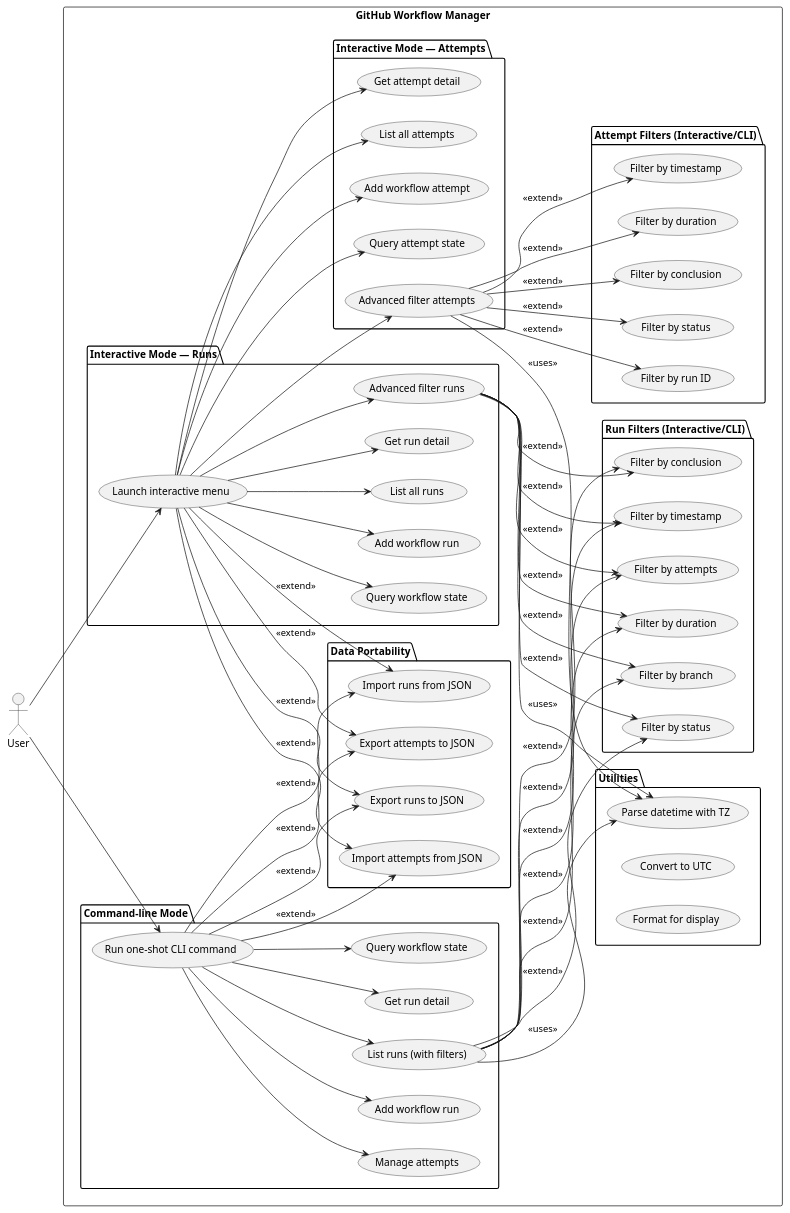
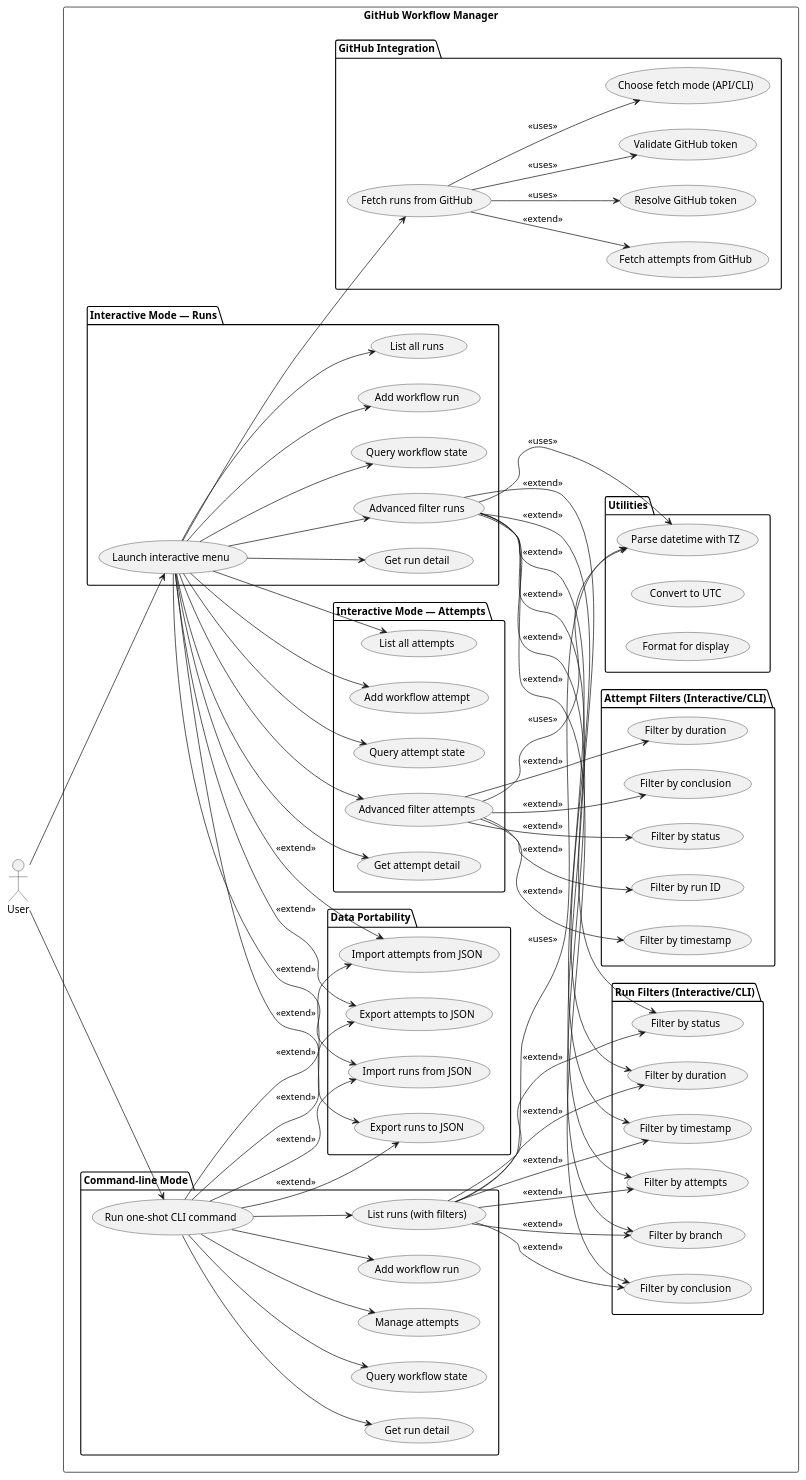
One commit to DanielRiha8906/Software_autoevolution_using_agents changed the diagram in experiments/pipeline/structured_text/github-workflow-manager/artifacts/use_case_diagram.puml. Above: the diagram before and after it, drawn with PlantUML. The commit also changed 13 other files, not shown here.

```diff
--- a/experiments/pipeline/structured_text/github-workflow-manager/artifacts/use_case_diagram.puml
+++ b/experiments/pipeline/structured_text/github-workflow-manager/artifacts/use_case_diagram.puml
@@ -1,121 +1,135 @@
 @startuml use_case_diagram
 
 left to right direction
 
 actor User
 
 rectangle "GitHub Workflow Manager" {
 
   package "Interactive Mode — Runs" {
     usecase "Launch interactive menu"  as UI
     usecase "Add workflow run"         as I_ADD
     usecase "List all runs"            as I_LIST
     usecase "Get run detail"           as I_DETAIL
     usecase "Advanced filter runs"     as I_FILTER
     usecase "Query workflow state"     as I_QUERY
   }
 
   package "Interactive Mode — Attempts" {
     usecase "Add workflow attempt"     as I_AADD
     usecase "List all attempts"        as I_ALIST
     usecase "Get attempt detail"       as I_ADETAIL
     usecase "Advanced filter attempts" as I_AFILTER
     usecase "Query attempt state"      as I_AQUERY
   }
 
   package "Run Filters (Interactive/CLI)" {
     usecase "Filter by branch"         as FBRANCH
     usecase "Filter by status"         as FSTATUS
     usecase "Filter by conclusion"     as FCONCL
     usecase "Filter by duration"       as FDURATION
     usecase "Filter by timestamp"      as FTIMESTAMP
     usecase "Filter by attempts"       as FATTEMPTS
   }
 
   package "Attempt Filters (Interactive/CLI)" {
     usecase "Filter by run ID"         as AFRUN
     usecase "Filter by status"         as AFSTATUS
     usecase "Filter by conclusion"     as AFCONCL
     usecase "Filter by duration"       as AFDURATION
     usecase "Filter by timestamp"      as AFTIMESTAMP
   }
 
   package "Utilities" {
     usecase "Parse datetime with TZ"   as TZPARSE
     usecase "Convert to UTC"           as TZKOTC
     usecase "Format for display"       as TZFMT
   }
 
   package "Data Portability" {
     usecase "Export runs to JSON"      as EXP_RUNS
     usecase "Import runs from JSON"    as IMP_RUNS
     usecase "Export attempts to JSON"  as EXP_ATTEMPTS
     usecase "Import attempts from JSON" as IMP_ATTEMPTS
   }
 
+  package "GitHub Integration" {
+    usecase "Fetch runs from GitHub"   as GITHUB_FETCH_RUNS
+    usecase "Fetch attempts from GitHub" as GITHUB_FETCH_ATTEMPTS
+    usecase "Resolve GitHub token"     as GITHUB_TOKEN
+    usecase "Validate GitHub token"    as GITHUB_VALIDATE
+    usecase "Choose fetch mode (API/CLI)" as GITHUB_MODE
+  }
+
   package "Command-line Mode" {
     usecase "Run one-shot CLI command" as CLI
     usecase "Add workflow run"         as C_ADD
     usecase "List runs (with filters)" as C_LIST
     usecase "Get run detail"           as C_DETAIL
     usecase "Query workflow state"     as C_QUERY
     usecase "Manage attempts"          as C_ATTEMPT
   }
 }
 
 User --> UI
 User --> CLI
 
 UI --> I_ADD
+UI --> GITHUB_FETCH_RUNS
 UI --> I_LIST
 UI --> I_DETAIL
 UI --> I_FILTER
 UI --> I_QUERY
 UI --> I_AADD
 UI --> I_ALIST
 UI --> I_ADETAIL
 UI --> I_AFILTER
 UI --> I_AQUERY
 
 I_FILTER --> FBRANCH  : <<extend>>
 I_FILTER --> FSTATUS  : <<extend>>
 I_FILTER --> FCONCL   : <<extend>>
 I_FILTER --> FDURATION : <<extend>>
 I_FILTER --> FTIMESTAMP : <<extend>>
 I_FILTER --> FATTEMPTS : <<extend>>
 
 I_AFILTER --> AFRUN : <<extend>>
 I_AFILTER --> AFSTATUS : <<extend>>
 I_AFILTER --> AFCONCL : <<extend>>
 I_AFILTER --> AFDURATION : <<extend>>
 I_AFILTER --> AFTIMESTAMP : <<extend>>
 
 I_FILTER --> TZPARSE : <<uses>>
 I_AFILTER --> TZPARSE : <<uses>>
 
 CLI --> C_ADD
 CLI --> C_LIST
 CLI --> C_DETAIL
 CLI --> C_QUERY
 CLI --> C_ATTEMPT
 
 C_LIST --> FBRANCH : <<extend>>
 C_LIST --> FSTATUS : <<extend>>
 C_LIST --> FCONCL : <<extend>>
 C_LIST --> FDURATION : <<extend>>
 C_LIST --> FTIMESTAMP : <<extend>>
 C_LIST --> FATTEMPTS : <<extend>>
 
 C_LIST --> TZPARSE : <<uses>>
 
 UI --> EXP_RUNS : <<extend>>
 UI --> IMP_RUNS : <<extend>>
 UI --> EXP_ATTEMPTS : <<extend>>
 UI --> IMP_ATTEMPTS : <<extend>>
 
 CLI --> EXP_RUNS : <<extend>>
 CLI --> IMP_RUNS : <<extend>>
 CLI --> EXP_ATTEMPTS : <<extend>>
 CLI --> IMP_ATTEMPTS : <<extend>>
 
+GITHUB_FETCH_RUNS --> GITHUB_TOKEN : <<uses>>
+GITHUB_FETCH_RUNS --> GITHUB_VALIDATE : <<uses>>
+GITHUB_FETCH_RUNS --> GITHUB_MODE : <<uses>>
+GITHUB_FETCH_RUNS --> GITHUB_FETCH_ATTEMPTS : <<extend>>
+
 @enduml
```
